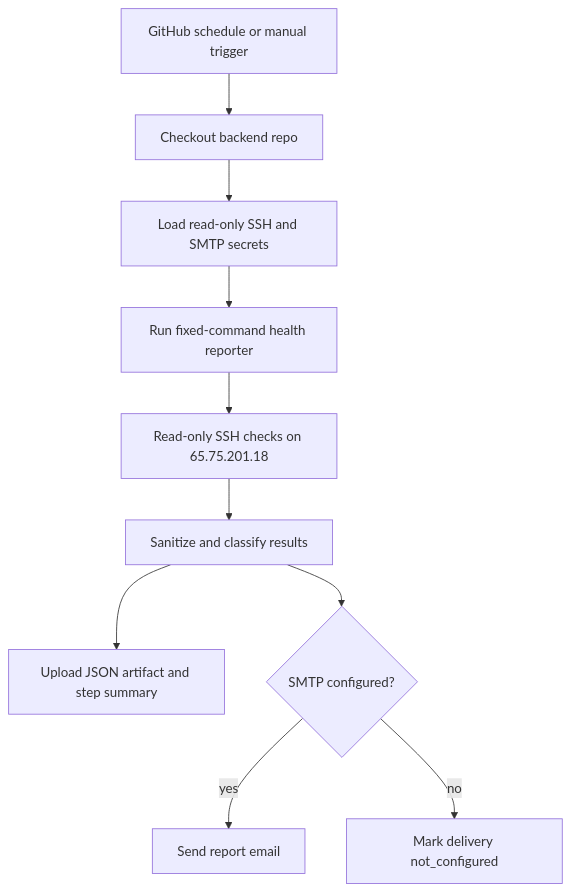
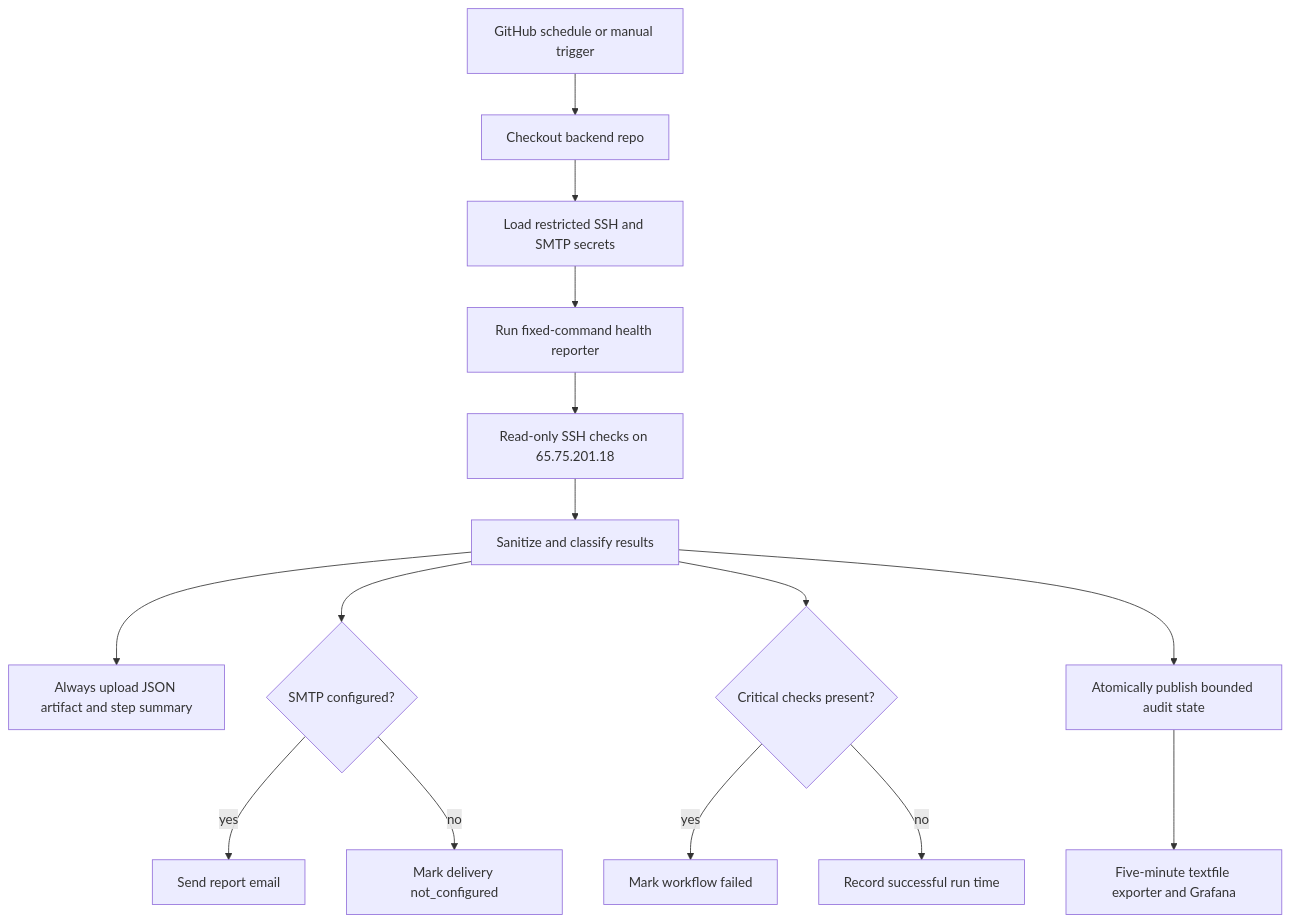
Before and after one commit to ramideltoro/nutsnews-docs: the diagram in NUTSNEWS_BACKEND_HEALTH_REPORT.md, drawn with Mermaid. The commit also changed other lines of this file and 36 other files, not shown here.

````diff
--- a/NUTSNEWS_BACKEND_HEALTH_REPORT.md
+++ b/NUTSNEWS_BACKEND_HEALTH_REPORT.md
@@ -26,12 +64,17 @@
 ```mermaid
 flowchart TD
     A[GitHub schedule or manual trigger] --> B[Checkout backend repo]
-    B --> C[Load read-only SSH and SMTP secrets]
+    B --> C[Load restricted SSH and SMTP secrets]
     C --> D[Run fixed-command health reporter]
     D --> E[Read-only SSH checks on 65.75.201.18]
     E --> F[Sanitize and classify results]
-    F --> G[Upload JSON artifact and step summary]
+    F --> G[Always upload JSON artifact and step summary]
     F --> H{SMTP configured?}
     H -->|yes| I[Send report email]
     H -->|no| J[Mark delivery not_configured]
+    F --> K{Critical checks present?}
+    K -->|yes| L[Mark workflow failed]
+    K -->|no| M[Record successful run time]
+    F --> N[Atomically publish bounded audit state]
+    N --> O[Five-minute textfile exporter and Grafana]
 ```
````
